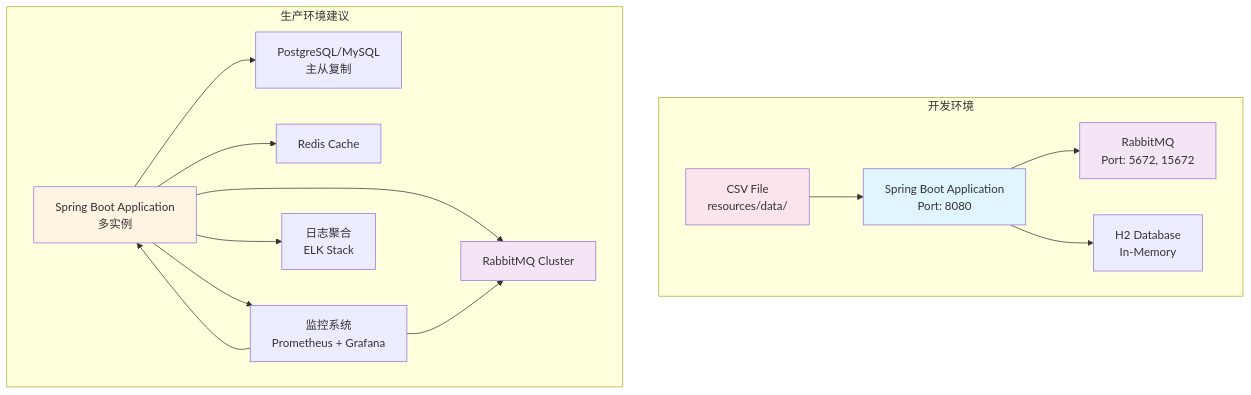
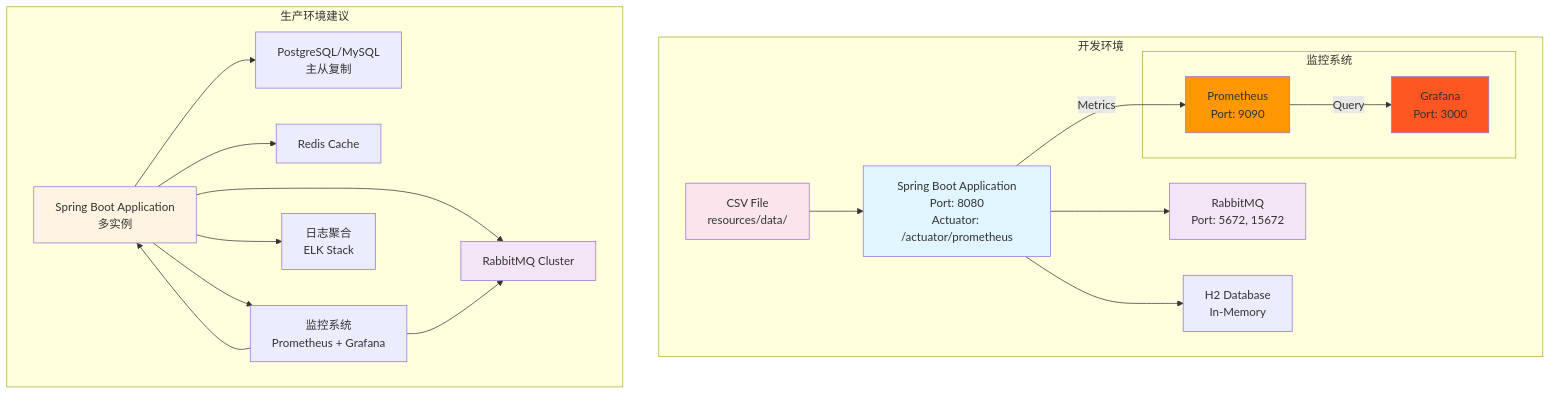
Before and after one commit to yuyu-ko/Inventory: the eighth of 9 diagrams in docs/ARCHITECTURE_DIAGRAM.md, drawn with Mermaid. The commit also changed other lines of this file and 13 other files, not shown here.

````diff
--- a/docs/ARCHITECTURE_DIAGRAM.md
+++ b/docs/ARCHITECTURE_DIAGRAM.md
@@ -328,36 +341,45 @@
 ```mermaid
 graph TB
     subgraph "开发环境"
-        APP[Spring Boot Application<br/>Port: 8080]
+        APP[Spring Boot Application<br/>Port: 8080<br/>Actuator: /actuator/prometheus]
         RABBIT[RabbitMQ<br/>Port: 5672, 15672]
         H2[H2 Database<br/>In-Memory]
         CSV[CSV File<br/>resources/data/]
+        
+        subgraph "监控系统"
+            PROM[Prometheus<br/>Port: 9090]
+            GRAF[Grafana<br/>Port: 3000]
+        end
     end
     
     subgraph "生产环境建议"
         APP2[Spring Boot Application<br/>多实例]
         RABBIT2[RabbitMQ Cluster]
         DB[PostgreSQL/MySQL<br/>主从复制]
         CACHE[Redis Cache]
         MONITOR[监控系统<br/>Prometheus + Grafana]
         LOG[日志聚合<br/>ELK Stack]
     end
     
     CSV --> APP
     APP --> RABBIT
     APP --> H2
+    APP -->|Metrics| PROM
+    PROM -->|Query| GRAF
     
     APP2 --> RABBIT2
     APP2 --> DB
     APP2 --> CACHE
     APP2 --> MONITOR
     APP2 --> LOG
     MONITOR --> APP2
     MONITOR --> RABBIT2
     
     style APP fill:#e1f5ff
     style APP2 fill:#fff4e1
     style RABBIT fill:#f3e5f5
     style RABBIT2 fill:#f3e5f5
     style CSV fill:#fce4ec
+    style PROM fill:#ff9800
+    style GRAF fill:#ff5722
 ```
````
